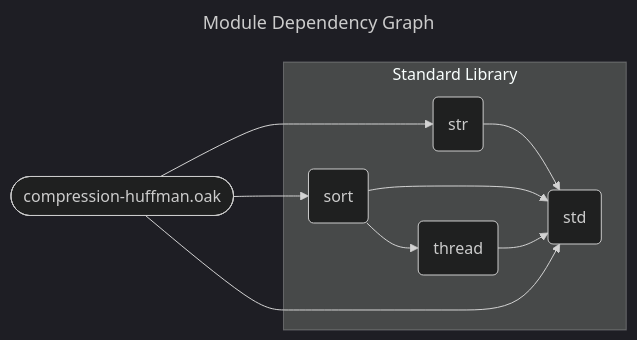
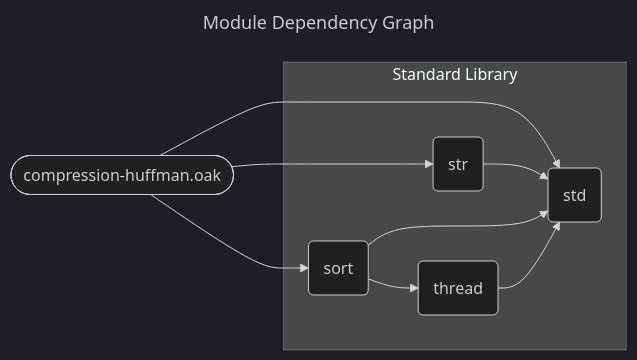
The diagram in docs/spec/compression-huffman.mmd (SpcFORK/magnolia), drawn with Mermaid (dark theme) before and after one commit. The commit also changed other lines of this file and 156 other files, not shown here.

```diff
--- a/docs/spec/compression-huffman.mmd
+++ b/docs/spec/compression-huffman.mmd
@@ -1,18 +1,18 @@
 ---
 title: Module Dependency Graph
 ---
 flowchart LR
     lib_compression_huffman_oak(["compression-huffman.oak"])
     subgraph stdlib_core ["Standard Library"]
-        thread("thread")
         std("std")
         str("str")
         sort("sort")
+        thread("thread")
     end
+    lib_compression_huffman_oak --> std
+    lib_compression_huffman_oak --> str
+    lib_compression_huffman_oak --> sort
     str --> std
     sort --> std
     sort --> thread
     thread --> std
-    lib_compression_huffman_oak --> std
-    lib_compression_huffman_oak --> str
-    lib_compression_huffman_oak --> sort
```
